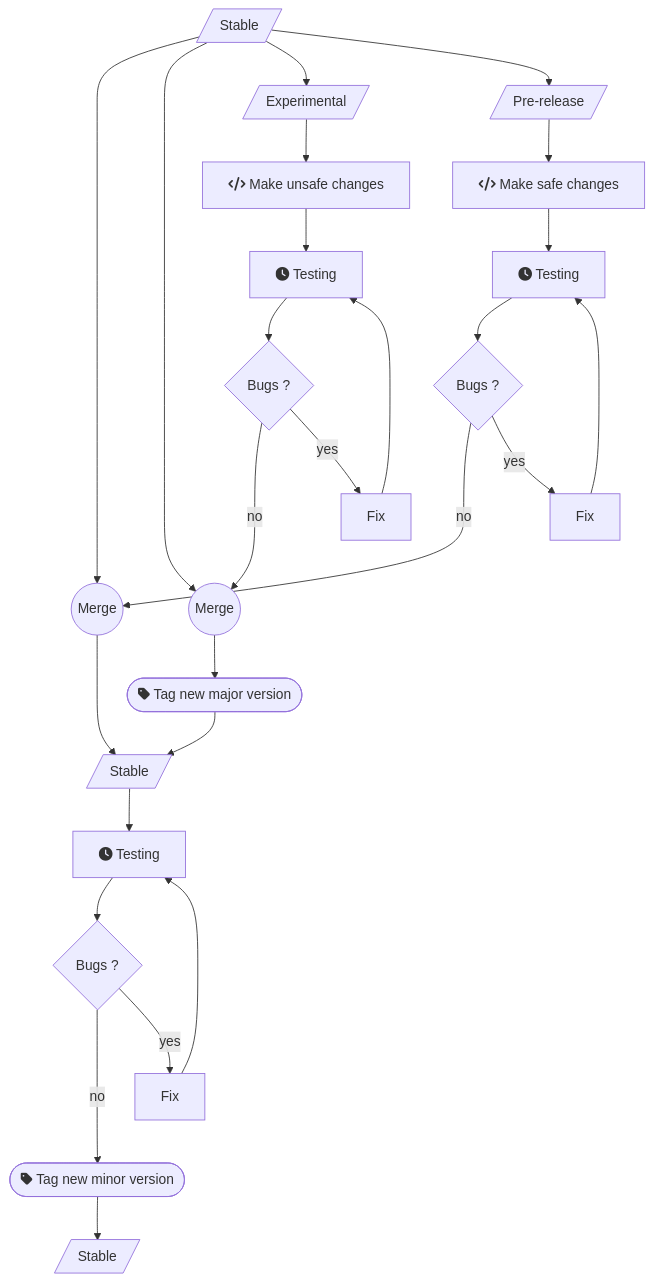
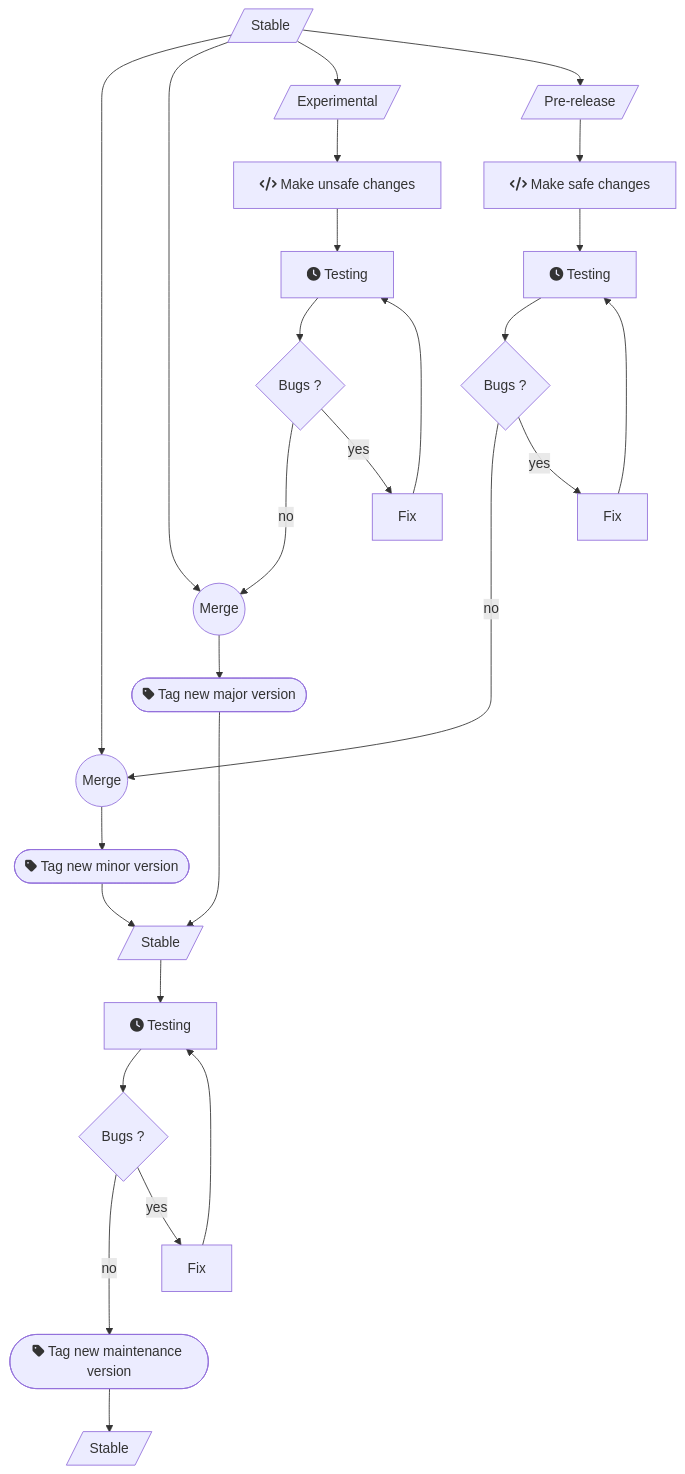
The diagram in content/install/_index.md (darktable-org/dtdocs), drawn with Mermaid before and after one commit. The commit also changed other lines of this file, not shown here.

````diff
--- a/content/install/_index.md
+++ b/content/install/_index.md
@@ -37,38 +37,39 @@
 ```mermaid
 graph TD;
 	master[/Stable/];
 	candidate[/Pre-release/];
 	dev[/Experimental/];
 	master2[/Stable/];
 	master3[/Stable/];
 
 	master --> m1((Merge));
 	master --> m2((Merge));
-	m1 --> master2;
 
 	master --> dev;
 	dev --> c3[fa:fa-code Make unsafe changes];
 	c3 --> t3[fa:fa-clock Testing];
 	t3 --> r3{Bugs ?};
 	r3 -- no ---> m2;
 	r3 -- yes --> f3[Fix];
 	f3 --> t3;
-	m2 --> p2([fa:fa-tag Tag new major version]);
-	p2 --> master2;
+	m2 --> p3([fa:fa-tag Tag new major version]);
+	p3 --> master2;
 
 	master --> candidate;
 	candidate --> c1[fa:fa-code Make safe changes];
 	c1 --> t1[fa:fa-clock Testing];
 	t1 --> r1{Bugs ?};
-	r1 -- no ---> m1;
+	r1 -- no -----> m1;
 	r1 -- yes --> f1[Fix];
+	m1 --> p1([fa:fa-tag Tag new minor version]);
 	f1 ---> t1;
+	p1 --> master2;
 
 	master2 --> t2[fa:fa-clock Testing];
 	t2 --> r2{Bugs ?};
-	r2 -- no ---> p1([fa:fa-tag Tag new minor version])
+	r2 -- no ---> p2([fa:fa-tag Tag new maintenance version])
 	r2 -- yes --> f2[Fix];
 	f2 --> t2;
-	p1 --> master3;
+	p2 --> master3;
 
 ```
````
